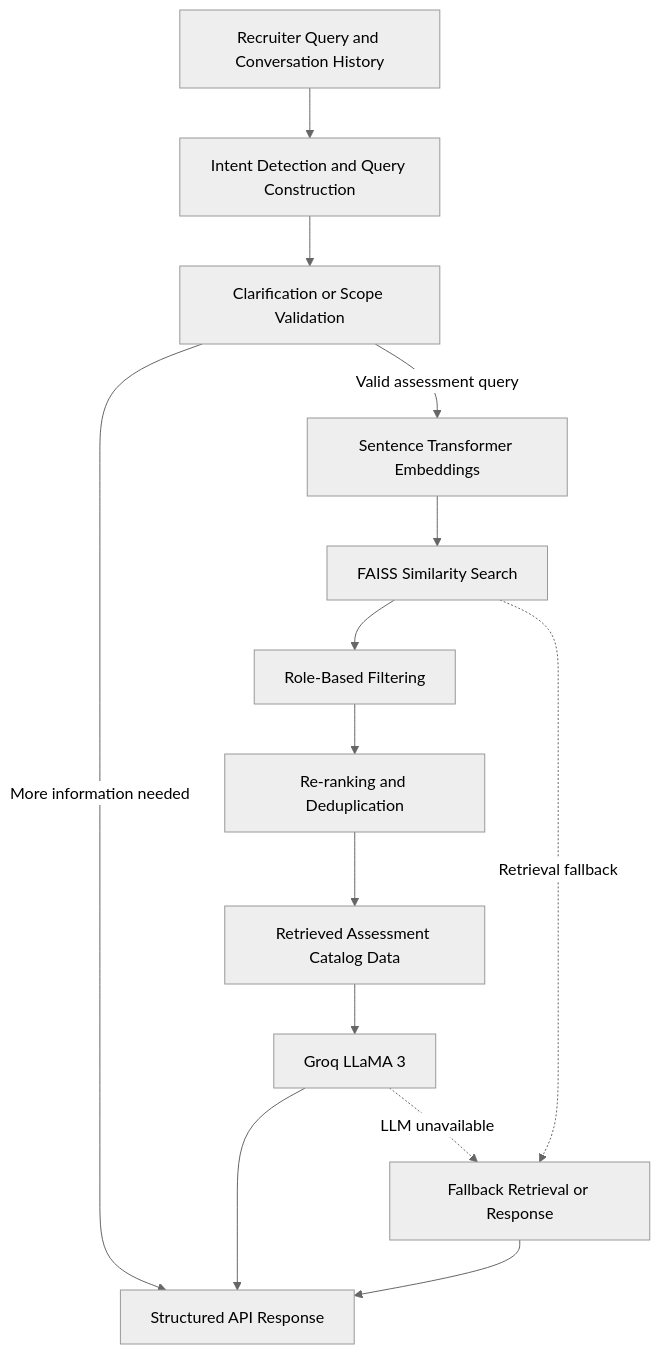
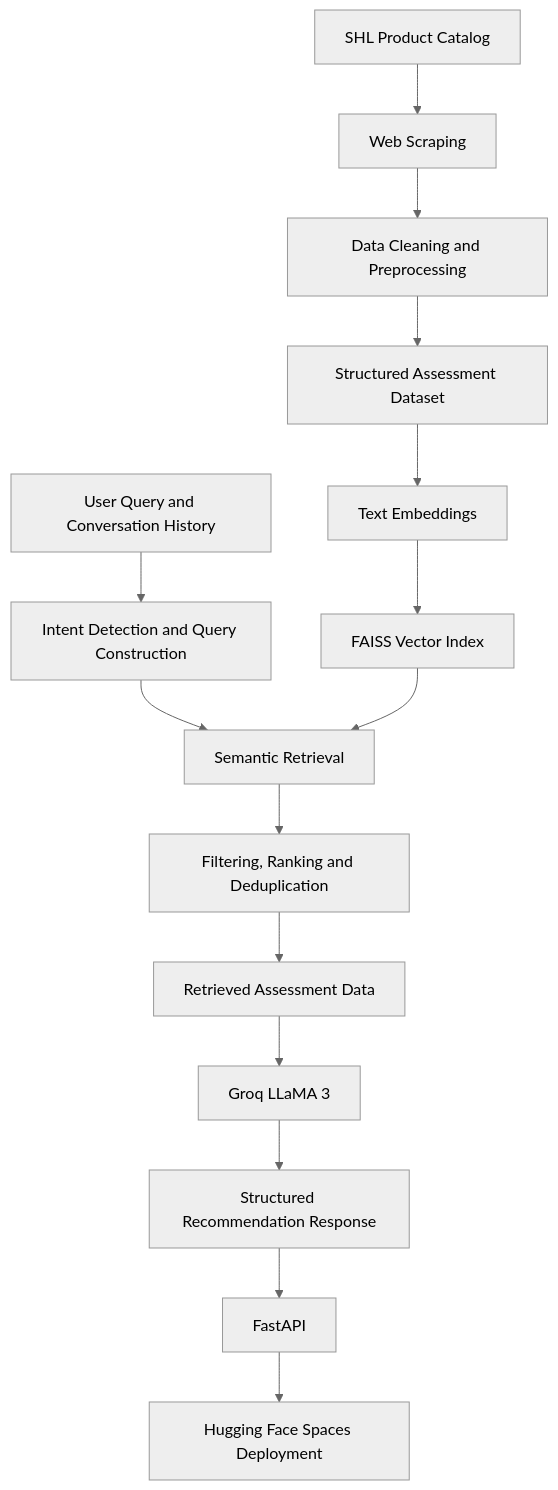
Before and after one commit to mansityagi0606-lab/shl-assessment-agent: the diagram in README.md, drawn with Mermaid (neutral theme). The commit also changed other lines of this file, not shown here.

````diff
--- a/README.md
+++ b/README.md
@@ -40,28 +28,18 @@
 ```mermaid
 flowchart TD
-    A[Recruiter Query and Conversation History]
-    B[Intent Detection and Query Construction]
-    C[Clarification or Scope Validation]
-    D[Sentence Transformer Embeddings]
-    E[FAISS Similarity Search]
-    F[Role-Based Filtering]
-    G[Re-ranking and Deduplication]
-    H[Retrieved Assessment Catalog Data]
-    I[Groq LLaMA 3]
-    J[Structured API Response]
-    K[Fallback Retrieval or Response]
+    A[SHL Product Catalog] --> B[Web Scraping]
+    B --> C[Data Cleaning and Preprocessing]
+    C --> D[Structured Assessment Dataset]
+    D --> E[Text Embeddings]
+    E --> F[FAISS Vector Index]
 
-    A --> B
-    B --> C
-    C -->|More information needed| J
-    C -->|Valid assessment query| D
-    D --> E
-    E --> F
-    F --> G
-    G --> H
-    H --> I
-    I --> J
-    E -. Retrieval fallback .-> K
-    I -. LLM unavailable .-> K
-    K --> J
+    G[User Query and Conversation History] --> H[Intent Detection and Query Construction]
+    H --> I[Semantic Retrieval]
+    F --> I
+    I --> J[Filtering, Ranking and Deduplication]
+    J --> K[Retrieved Assessment Data]
+    K --> L[Groq LLaMA 3]
+    L --> M[Structured Recommendation Response]
+    M --> N[FastAPI]
+    N --> O[Hugging Face Spaces Deployment]
 ```
````
